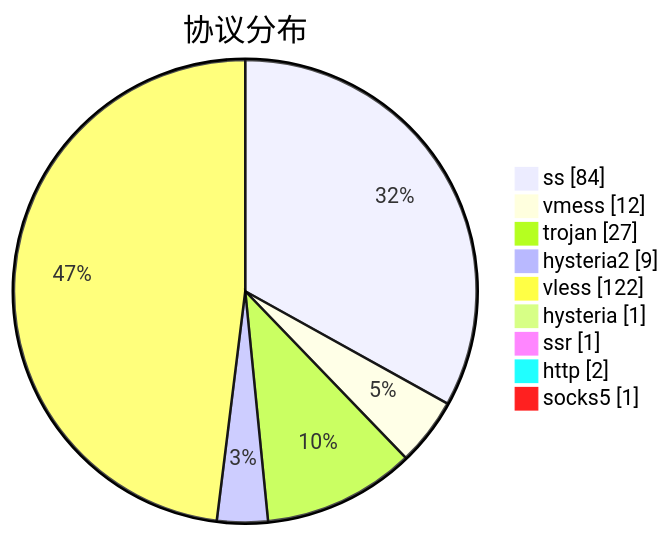
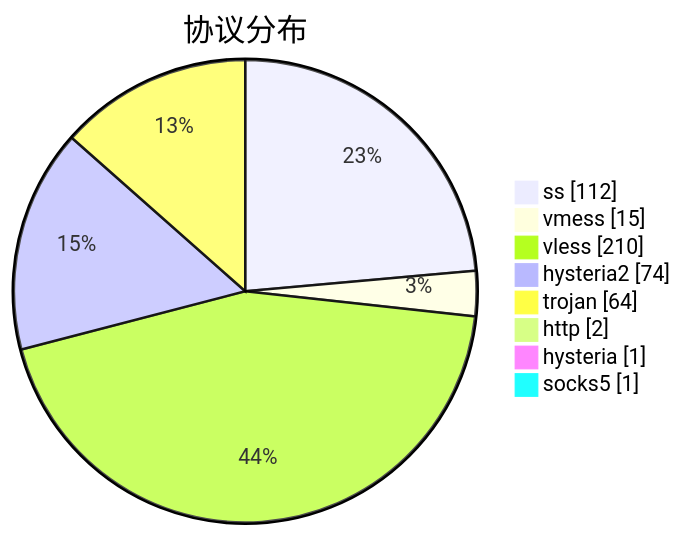
One commit to sinspired/airport changed the third of 3 diagrams in subs/statistics/tested_within.md. Above: the diagram before and after it, drawn with Mermaid. The commit also changed other lines of this file and 2 other files, not shown here.

````diff
--- a/subs/statistics/tested_within.md
+++ b/subs/statistics/tested_within.md
@@ -38,13 +52,12 @@
 ```mermaid
 pie showData
 title 协议分布
-"ss" : 84
-"vmess" : 12
-"trojan" : 27
-"hysteria2" : 9
-"vless" : 122
+"ss" : 112
+"vmess" : 15
+"vless" : 210
+"hysteria2" : 74
+"trojan" : 64
+"http" : 2
 "hysteria" : 1
-"ssr" : 1
-"http" : 2
 "socks5" : 1
 ```
````
